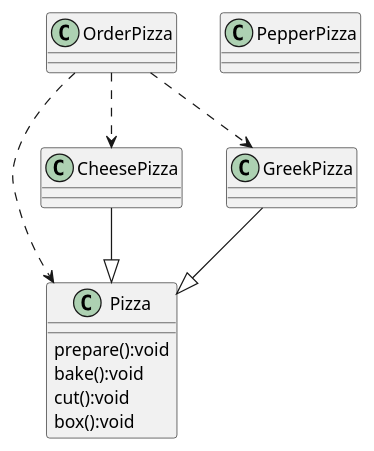
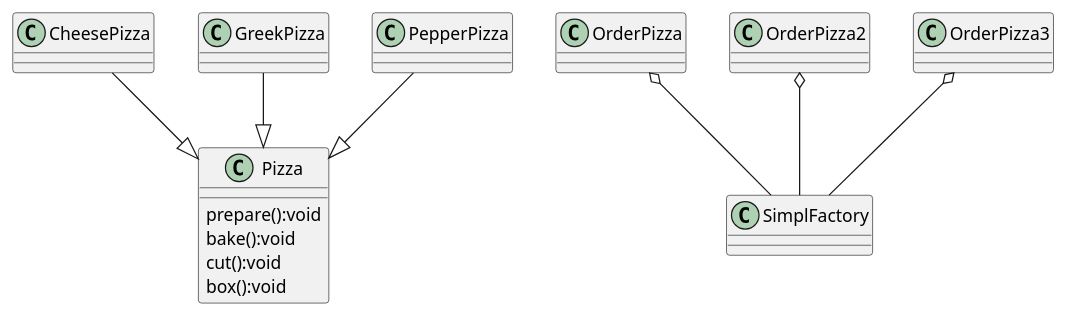
The diagram in src/pers/mtx/factory/simplefactory/pizzastore/uml.puml (mgtoxd/DesignPattern), drawn with PlantUML before and after one commit. The commit also changed 13 other files, not shown here.

```diff
--- a/src/pers/mtx/factory/simplefactory/pizzastore/uml.puml
+++ b/src/pers/mtx/factory/simplefactory/pizzastore/uml.puml
@@ -1,26 +1,33 @@
 @startuml
 
 class Pizza{
 prepare():void
 bake():void
 cut():void
 box():void
 }
 
 class CheesePizza
 
 
 class GreekPizza
 
 class OrderPizza
 
 class PepperPizza
 
-OrderPizza..>CheesePizza
-OrderPizza..>GreekPizza
-OrderPizza..>Pizza
+class SimplFactory
+
+class OrderPizza2
+
+class OrderPizza3
+
+OrderPizza o-- SimplFactory
+OrderPizza2 o-- SimplFactory
+OrderPizza3 o-- SimplFactory
 
 
 GreekPizza --|>Pizza
 CheesePizza --|>Pizza
+PepperPizza --|>Pizza
 @enduml
```
